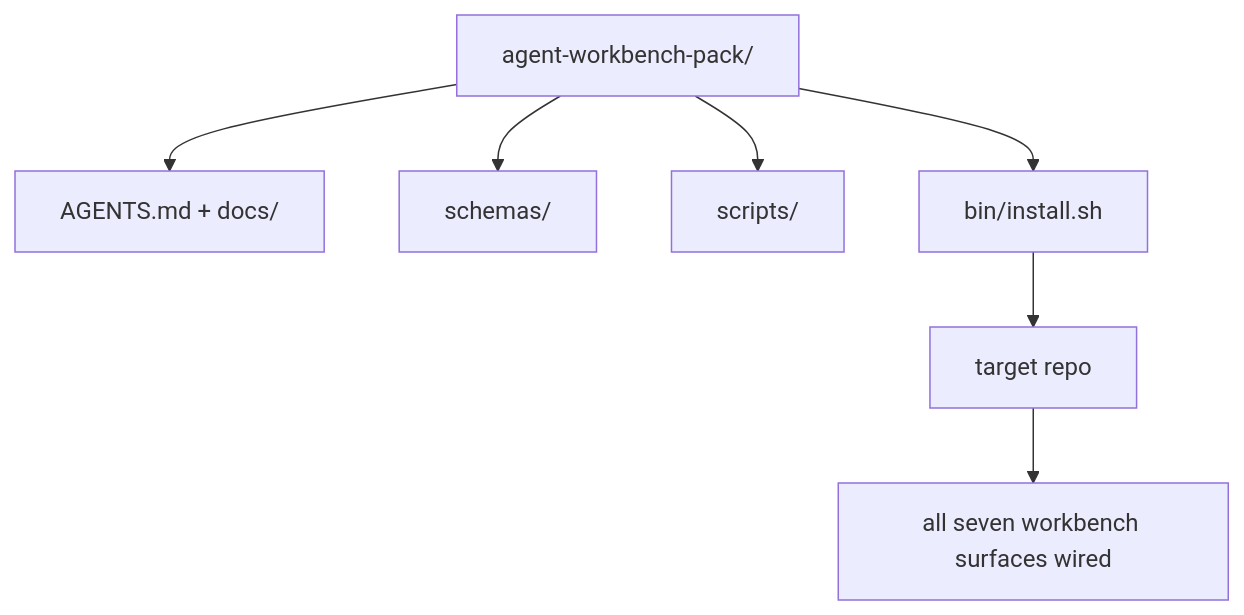
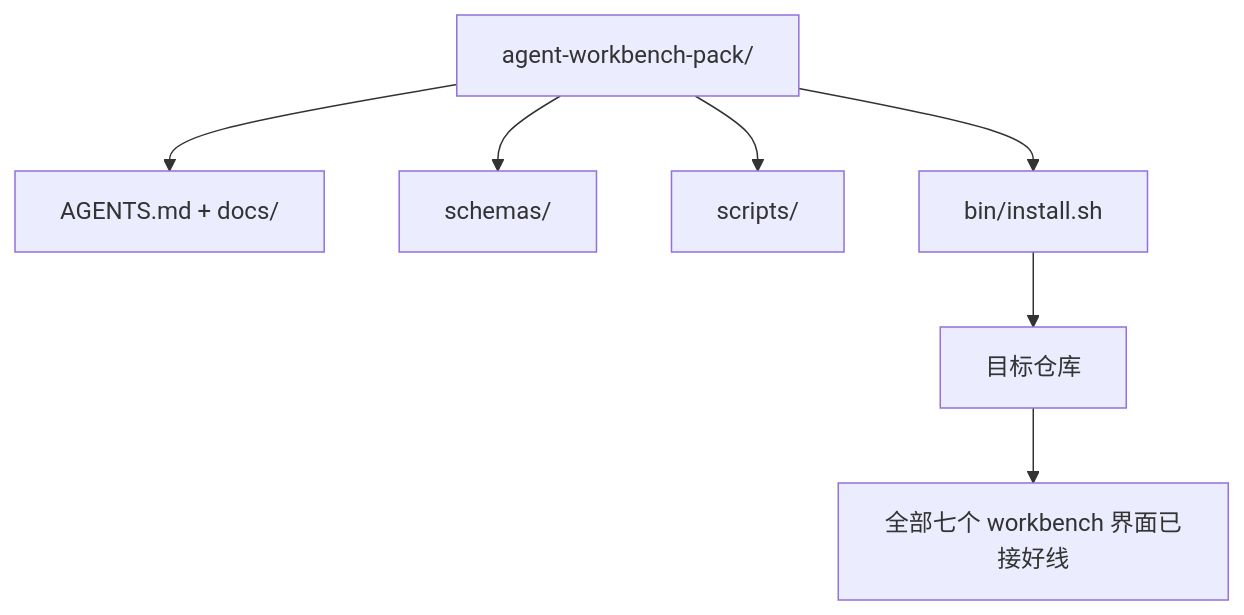
The diagram in phases/14-agent-engineering/42-agent-workbench-capstone/docs/zh.md (JerryC8080/ai-engineering-from-scratch-zh), drawn with Mermaid before and after one commit. The commit also changed 156 other files, not shown here.

First line of the commit message:
i18n(zh): translate mermaid diagram labels in 157 lesson zh.md

````diff
--- a/phases/14-agent-engineering/42-agent-workbench-capstone/docs/zh.md
+++ b/phases/14-agent-engineering/42-agent-workbench-capstone/docs/zh.md
@@ -27,9 +27,9 @@
 ```mermaid
 flowchart TD
   Pack[agent-workbench-pack/] --> Docs[AGENTS.md + docs/]
   Pack --> Schemas[schemas/]
   Pack --> Scripts[scripts/]
   Pack --> Bin[bin/install.sh]
-  Bin --> Repo[target repo]
-  Repo --> Surfaces[all seven workbench surfaces wired]
+  Bin --> Repo[目标仓库]
+  Repo --> Surfaces[全部七个 workbench 界面已接好线]
 ```
````
